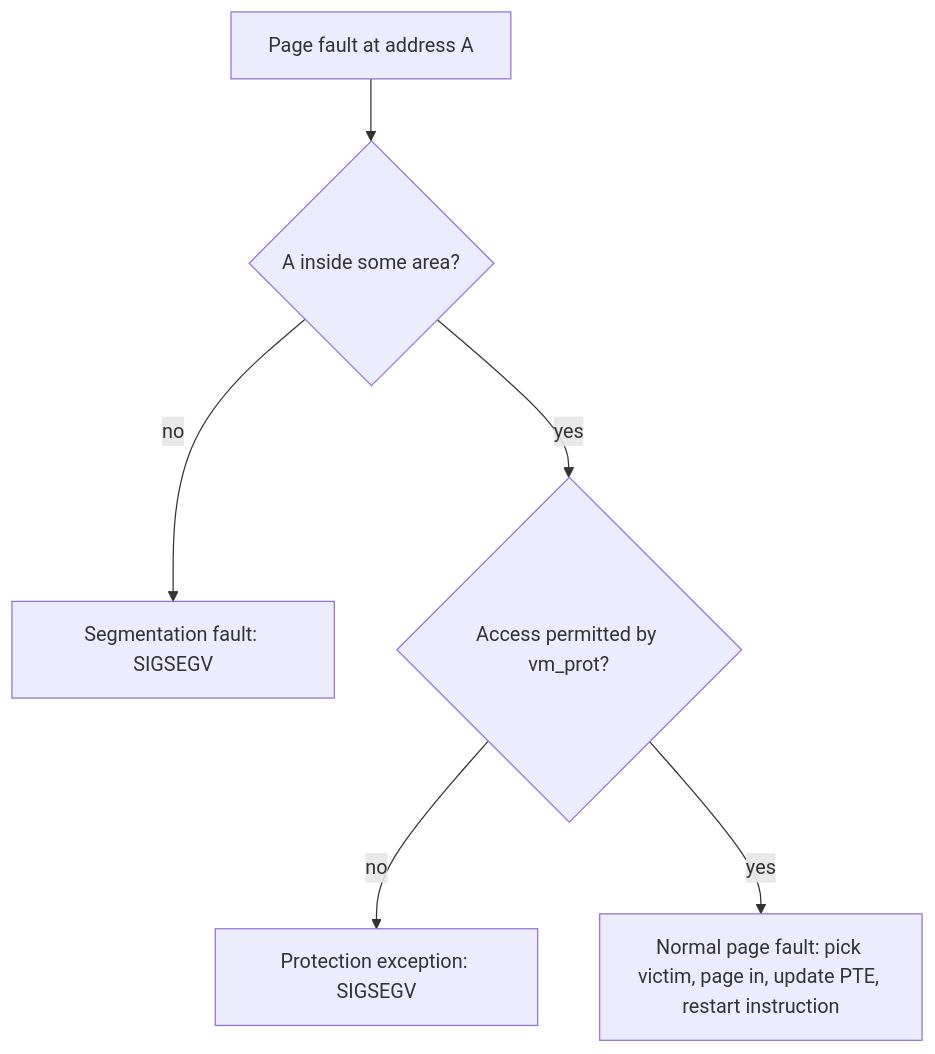
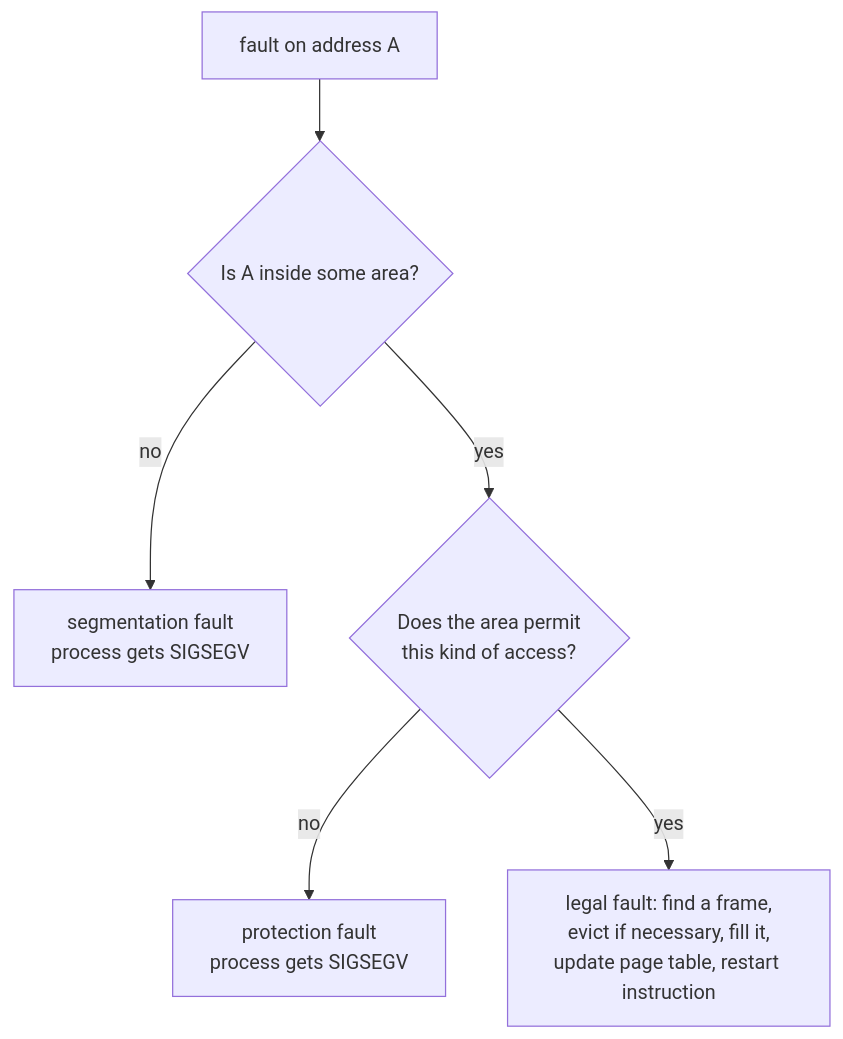
Before and after one commit to alvinnew100/grand-line-study-guide: the second of 3 diagrams in src/csapp/lessons/25-vm-mapping.md, drawn with Mermaid. The commit also changed other lines of this file and 47 other files, not shown here.

````diff
--- a/src/csapp/lessons/25-vm-mapping.md
+++ b/src/csapp/lessons/25-vm-mapping.md
@@ -55,8 +74,8 @@
 ```mermaid
-graph TD
-  PF[Page fault at address A] --> Q1{"A inside some area?"}
-  Q1 -->|no| SEG["Segmentation fault: SIGSEGV"]
-  Q1 -->|yes| Q2{"Access permitted by vm_prot?"}
-  Q2 -->|no| PROT["Protection exception: SIGSEGV"]
-  Q2 -->|yes| OK["Normal page fault: pick victim, page in, update PTE, restart instruction"]
+flowchart TD
+    F[fault on address A] --> Q1{Is A inside some area?}
+    Q1 -- no --> SEG[segmentation fault<br/>process gets SIGSEGV]
+    Q1 -- yes --> Q2{Does the area permit<br/>this kind of access?}
+    Q2 -- no --> PROT[protection fault<br/>process gets SIGSEGV]
+    Q2 -- yes --> OK[legal fault: find a frame,<br/>evict if necessary, fill it,<br/>update page table, restart instruction]
 ```
````
